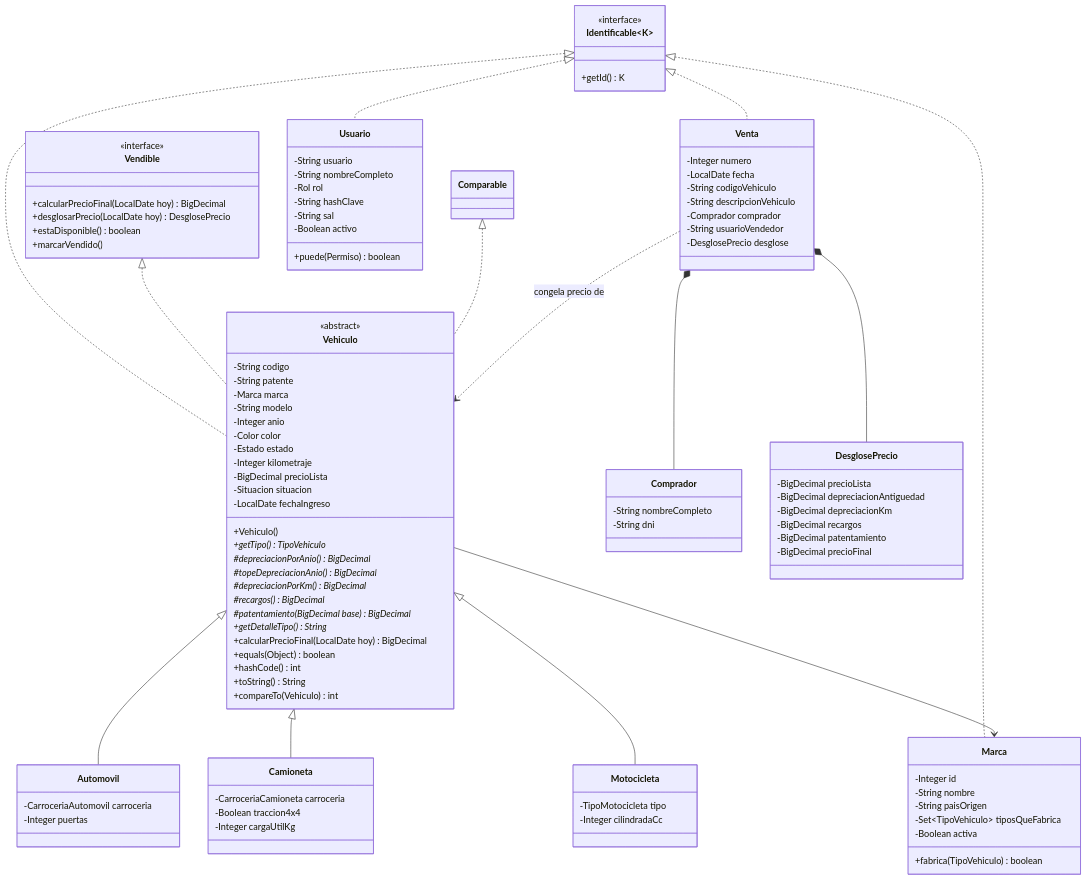
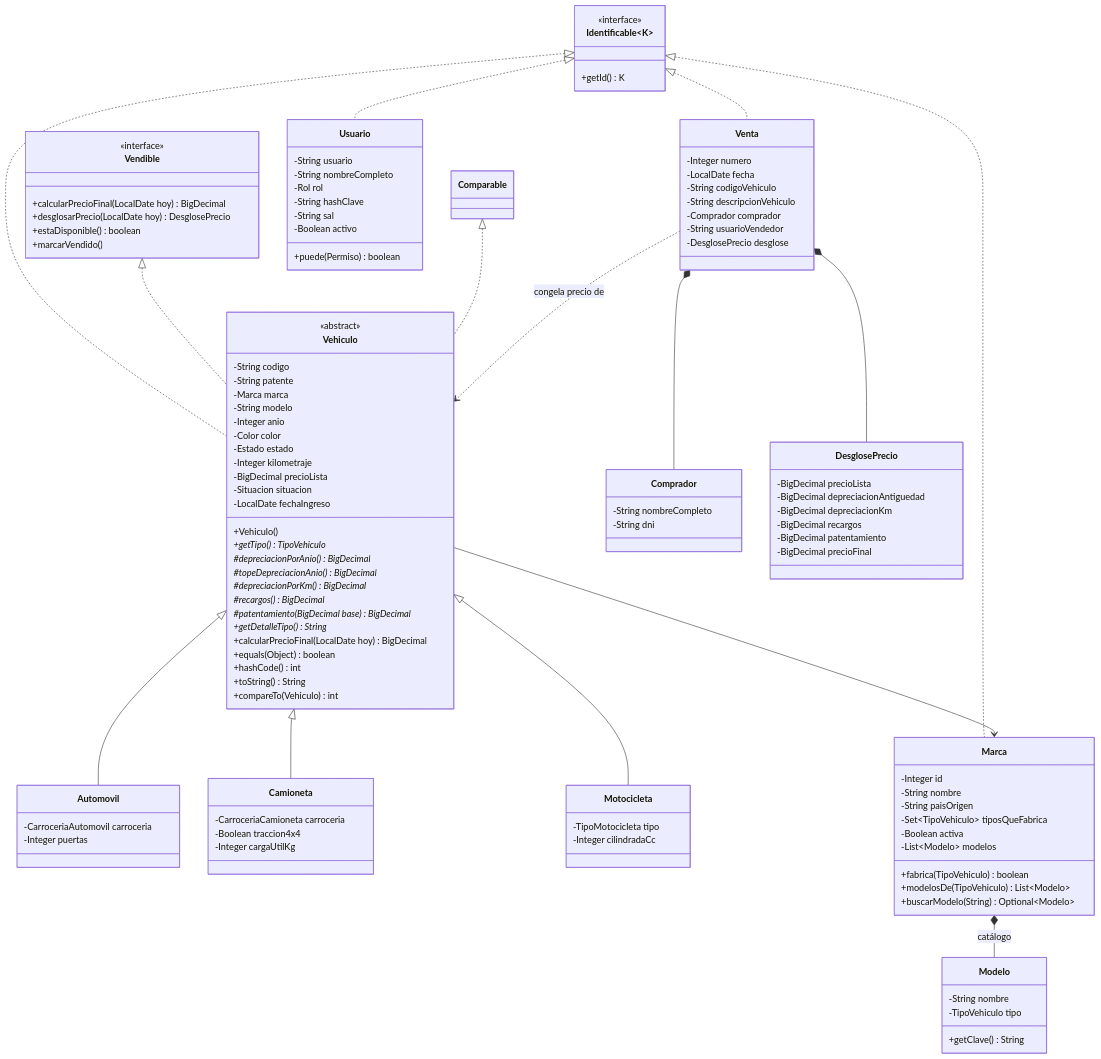
One commit to BalbianoLuciano/tfi-concesionaria-multimarca changed the first of 4 diagrams in docs/MODELO.md. Above: the diagram before and after it, drawn with Mermaid. The commit also changed other lines of this file and 3 other files, not shown here.

First line of the commit message:
docs: trazar el catálogo de modelos y el esquema 2

```diff
--- a/docs/MODELO.md
+++ b/docs/MODELO.md
@@ -72,7 +72,15 @@
         -String paisOrigen
         -Set~TipoVehiculo~ tiposQueFabrica
         -Boolean activa
+        -List~Modelo~ modelos
         +fabrica(TipoVehiculo) boolean
+        +modelosDe(TipoVehiculo) List~Modelo~
+        +buscarModelo(String) Optional~Modelo~
+    }
+    class Modelo {
+        -String nombre
+        -TipoVehiculo tipo
+        +getClave() String
     }
     class Venta {
         -Integer numero
@@ -115,6 +123,7 @@
     Vehiculo <|-- Camioneta
     Vehiculo <|-- Motocicleta
     Vehiculo --> Marca
+    Marca *-- Modelo : catálogo
     Venta *-- Comprador
     Venta *-- DesglosePrecio
     Venta ..> Vehiculo : congela precio de
```
